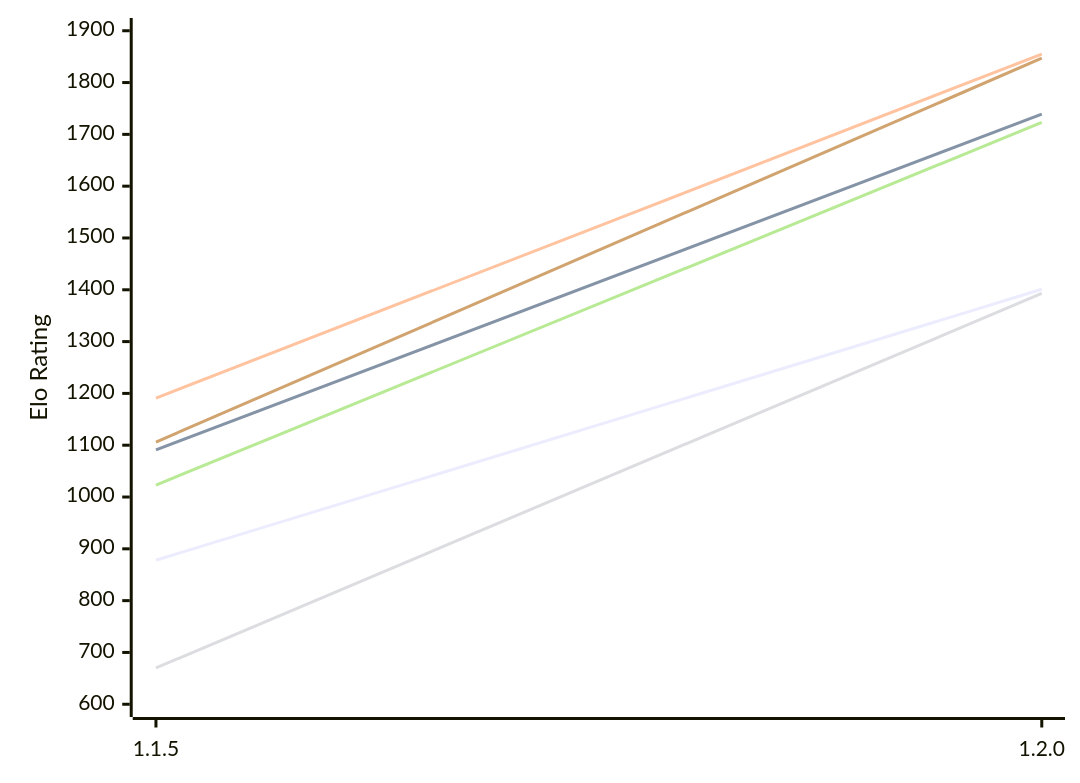
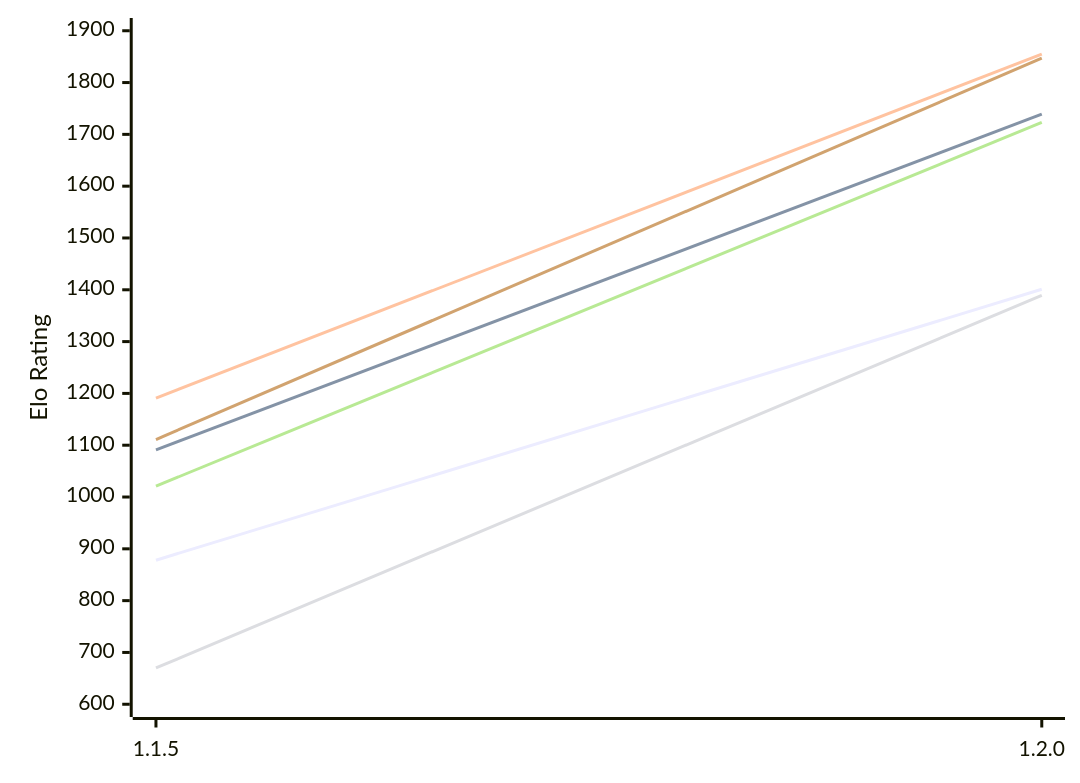
The first of 2 diagrams in engines/ChessCore.md (computer-chess-index/cci), drawn with Mermaid before and after one commit. The commit also changed other lines of this file, not shown here.

Commit message:
Update CCI Ratings (ELO VLTC) - 2026-11-20

````diff
--- a/engines/ChessCore.md
+++ b/engines/ChessCore.md
@@ -53,12 +53,12 @@
 ```mermaid
 %%{init: {"theme":"base","themeVariables":{"seriesColors:['#a3a3a3','#222221','#faa371']}}}%%
 xychart-beta
   x-axis ["1.1.5", "1.2.0"]
   y-axis "Elo Rating" 600 --> 1900
   line "E1: STC (8.0+0.08s)" [878, 1401]
   line "E1: LTC (60.0+0.60s)" [1091, 1739]
   line "E1: VLTC (2m24s+1.12s)" [1191, 1855]
-  line "P1: STC (8.0+0.08s)" [670, 1393]
-  line "P1: LTC (60.0+0.60s)" [1023, 1723]
-  line "P1: VLTC (2m24s+1.12s)" [1106, 1847]
+  line "P1: STC (8.0+0.08s)" [670, 1389]
+  line "P1: LTC (60.0+0.60s)" [1021, 1723]
+  line "P1: VLTC (2m24s+1.12s)" [1111, 1847]
 ```
````
